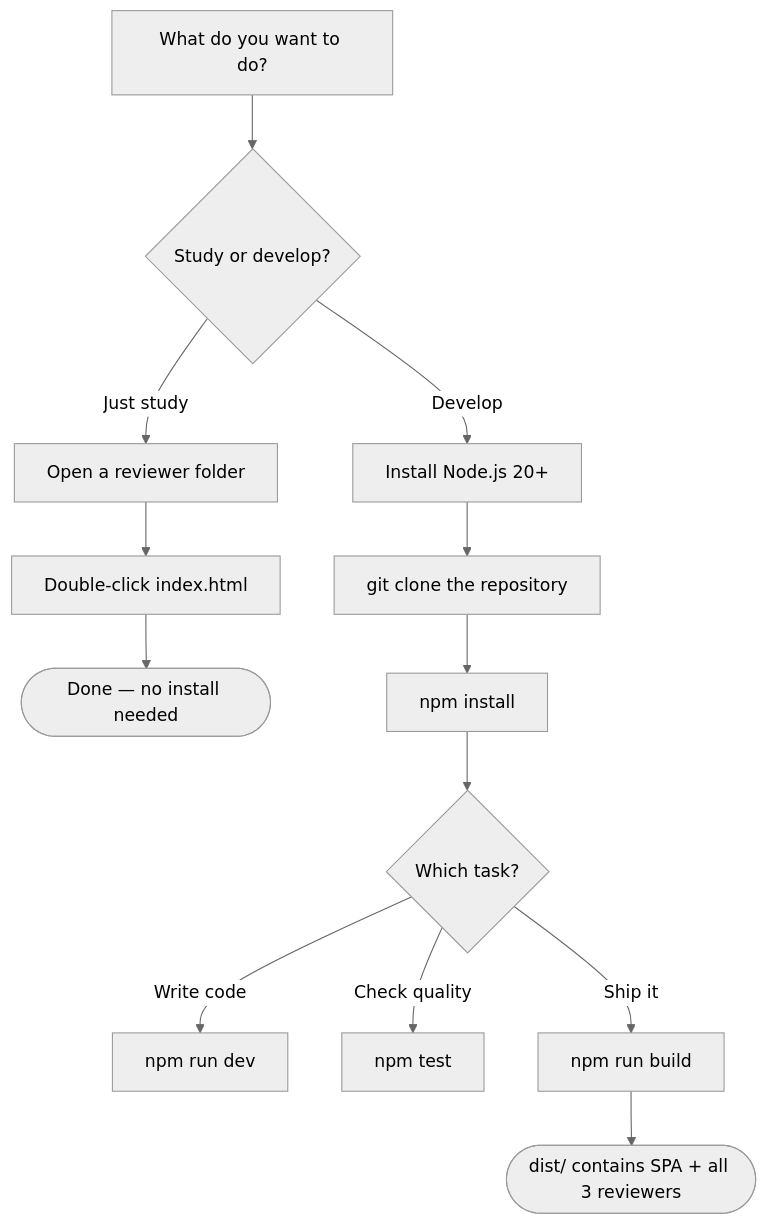
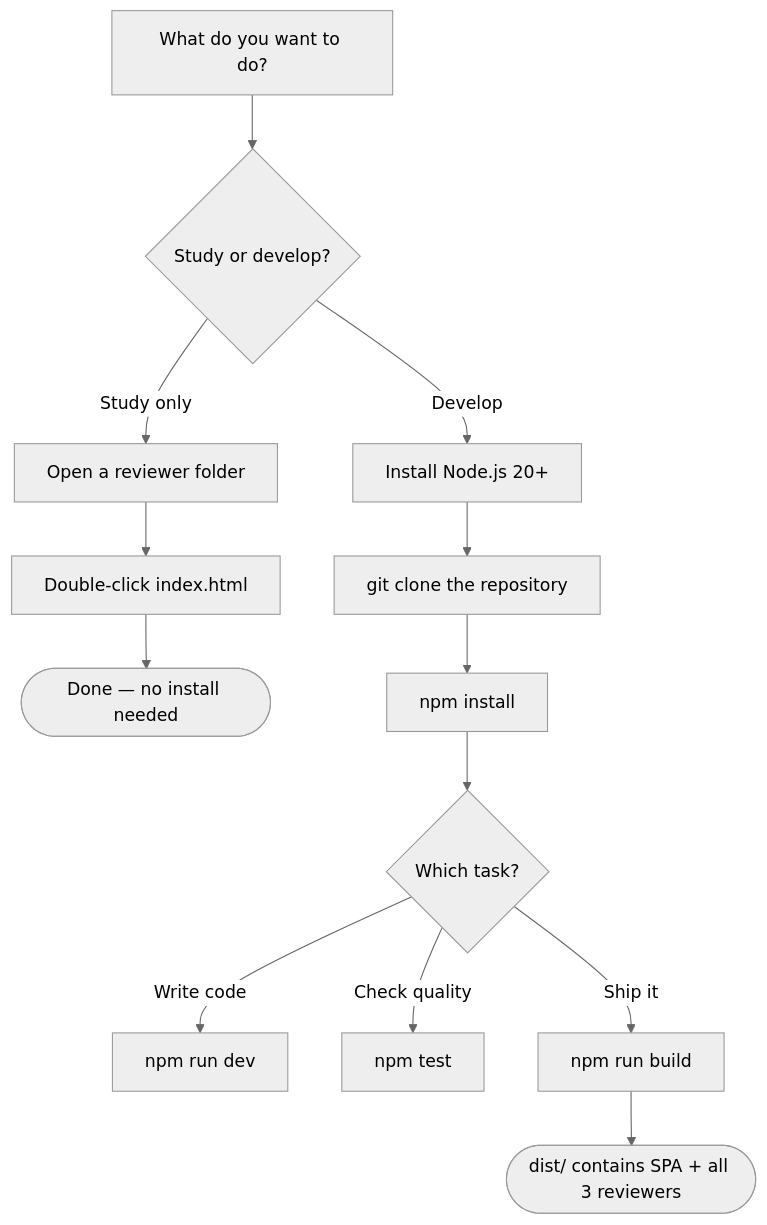
One commit to SecretlySpy/IT-Subjects-Reviewer changed the first of 2 diagrams in Tech Stack Setup Guide.md. Above: the diagram before and after it, drawn with Mermaid (neutral theme). The commit also changed other lines of this file and 16 other files, not shown here.

````diff
--- a/Tech Stack Setup Guide.md
+++ b/Tech Stack Setup Guide.md
@@ -131,15 +131,15 @@
 ```mermaid
 flowchart TD
     A[What do you want to do?] --> B{Study or develop?}
-    B -->|Just study| C[Open a reviewer folder]
+    B -->|Study only| C[Open a reviewer folder]
     C --> D[Double-click index.html]
     D --> E([Done — no install needed])
     B -->|Develop| F[Install Node.js 20+]
     F --> G[git clone the repository]
     G --> H[npm install]
     H --> I{Which task?}
     I -->|Write code| J[npm run dev]
     I -->|Check quality| K[npm test]
     I -->|Ship it| L[npm run build]
     L --> M([dist/ contains SPA + all 3 reviewers])
 ```
````
